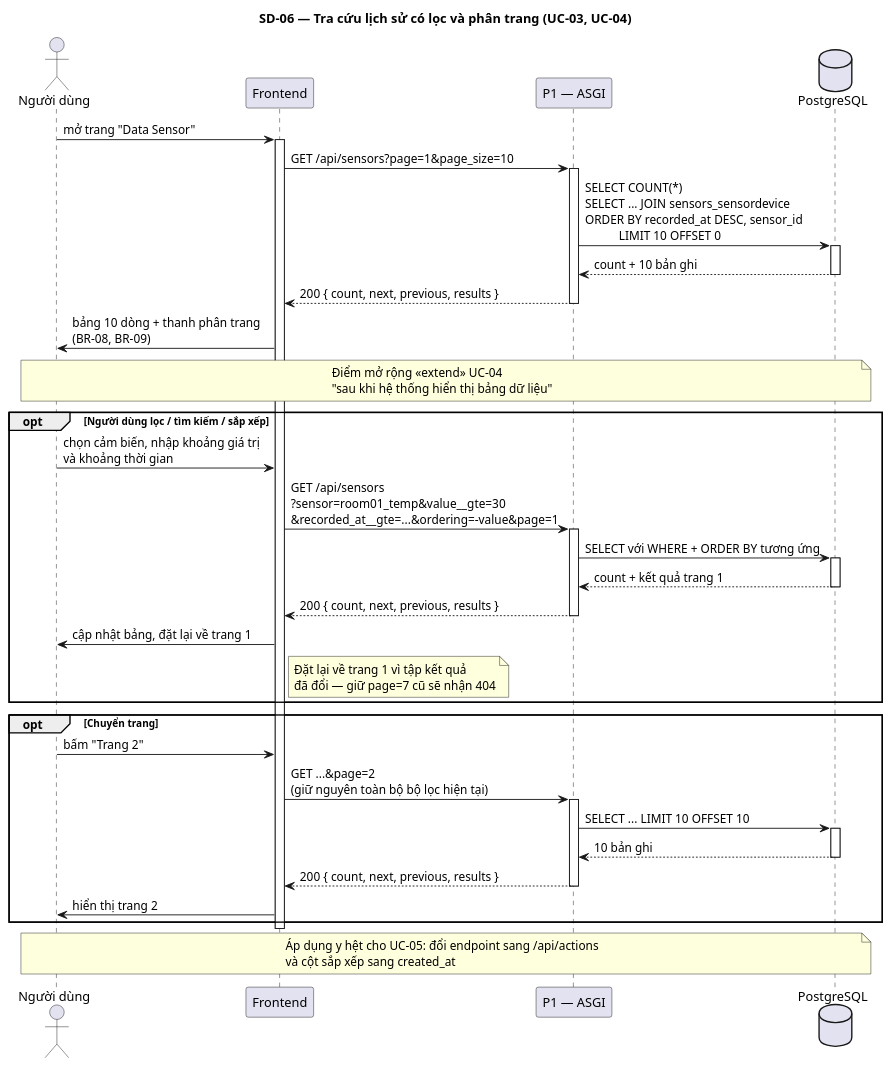
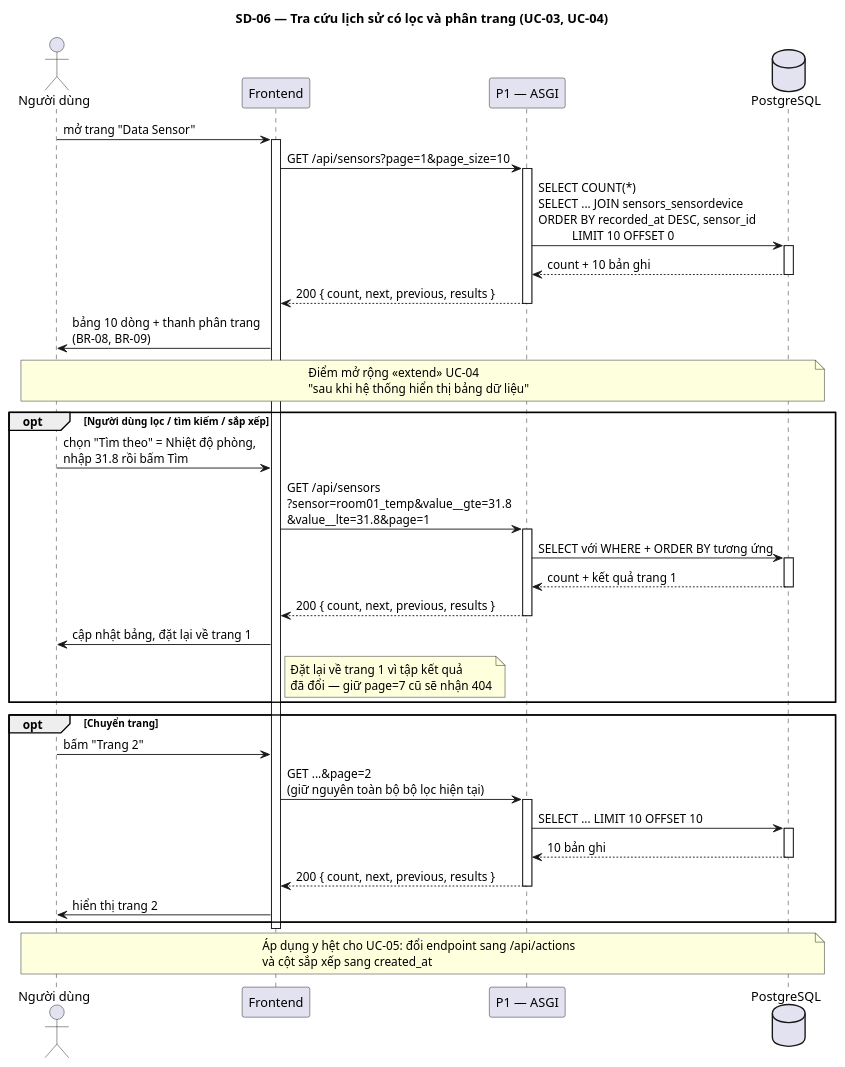
Diagram 12 of 13 in docs/03-Sequence.md (B23DCAT011/IOT), drawn with PlantUML before and after one commit. The commit also changed other lines of this file and 13 other files, not shown here.

````diff
--- a/docs/03-Sequence.md
+++ b/docs/03-Sequence.md
@@ -797,69 +796,69 @@
 ```plantuml
 @startuml SD06_TraCuuLichSu
 title SD-06 — Tra cứu lịch sử có lọc và phân trang (UC-03, UC-04)
 
 skinparam shadowing false
 
 actor "Người dùng" as User
 participant "Frontend" as FE
 participant "P1 — ASGI" as P1
 database "PostgreSQL" as DB
 
 User -> FE : mở trang "Data Sensor"
 activate FE
 
 FE -> P1 : GET /api/sensors?page=1&page_size=10
 activate P1
 P1 -> DB : SELECT COUNT(*)\nSELECT ... JOIN sensors_sensordevice\nORDER BY recorded_at DESC, sensor_id\n           LIMIT 10 OFFSET 0
 activate DB
 DB --> P1 : count + 10 bản ghi
 deactivate DB
 P1 --> FE : 200 { count, next, previous, results }
 deactivate P1
 
 FE -> User : bảng 10 dòng + thanh phân trang\n(BR-08, BR-09)
 
 note over User, DB
   Điểm mở rộng «extend» UC-04
   "sau khi hệ thống hiển thị bảng dữ liệu"
 end note
 
 opt Người dùng lọc / tìm kiếm / sắp xếp
-  User -> FE : chọn cảm biến, nhập khoảng giá trị\nvà khoảng thời gian
-  FE -> P1 : GET /api/sensors\n?sensor=room01_temp&value__gte=30\n&recorded_at__gte=...&ordering=-value&page=1
+  User -> FE : chọn "Tìm theo" = Nhiệt độ phòng,\nnhập 31.8 rồi bấm Tìm
+  FE -> P1 : GET /api/sensors\n?sensor=room01_temp&value__gte=31.8\n&value__lte=31.8&page=1
   activate P1
   P1 -> DB : SELECT với WHERE + ORDER BY tương ứng
   activate DB
   DB --> P1 : count + kết quả trang 1
   deactivate DB
   P1 --> FE : 200 { count, next, previous, results }
   deactivate P1
   FE -> User : cập nhật bảng, đặt lại về trang 1
   note right of FE
     Đặt lại về trang 1 vì tập kết quả
     đã đổi — giữ page=7 cũ sẽ nhận 404
   end note
 end
 
 opt Chuyển trang
   User -> FE : bấm "Trang 2"
   FE -> P1 : GET ...&page=2\n(giữ nguyên toàn bộ bộ lọc hiện tại)
   activate P1
   P1 -> DB : SELECT ... LIMIT 10 OFFSET 10
   activate DB
   DB --> P1 : 10 bản ghi
   deactivate DB
   P1 --> FE : 200 { count, next, previous, results }
   deactivate P1
   FE -> User : hiển thị trang 2
 end
 
 deactivate FE
 
 note across
   Áp dụng y hệt cho UC-05: đổi endpoint sang /api/actions
   và cột sắp xếp sang created_at
 end note
 
 @enduml
 ```
````
